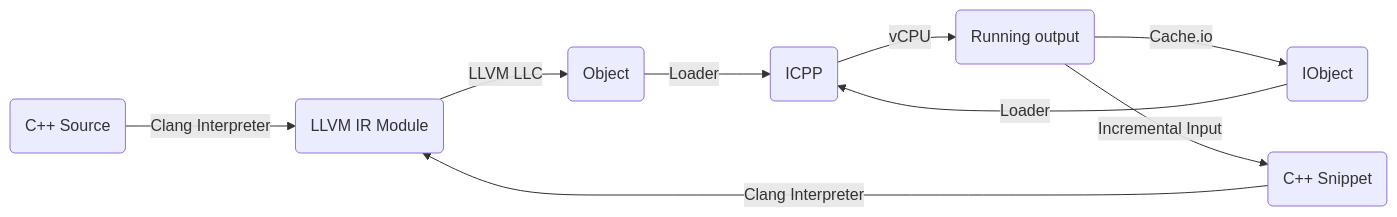
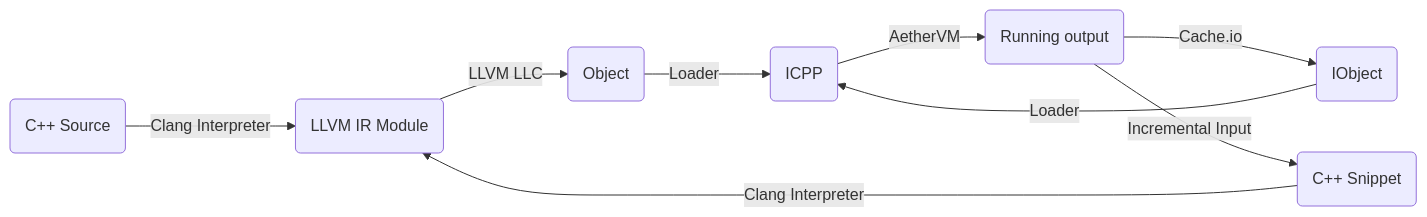
Before and after one commit to vpand/icpp: the first of 2 diagrams in README.md, drawn with Mermaid. The commit also changed other lines of this file and 83 other files, not shown here.

````diff
--- a/README.md
+++ b/README.md
@@ -45,11 +43,11 @@
 ```mermaid
 graph LR
     A(C++ Source) -- Clang Interpreter --> C(LLVM IR Module)
     B(C++ Snippet) -- Clang Interpreter --> C
     C -- LLVM LLC --> E(Object)
     D -- Loader --> F(ICPP)
     E -- Loader --> F
-    F -- vCPU --> G(Running output)
+    F -- AetherVM --> G(Running output)
     G -- Cache.io --> D(IObject)
     G -- Incremental Input --> B
 ```
````
